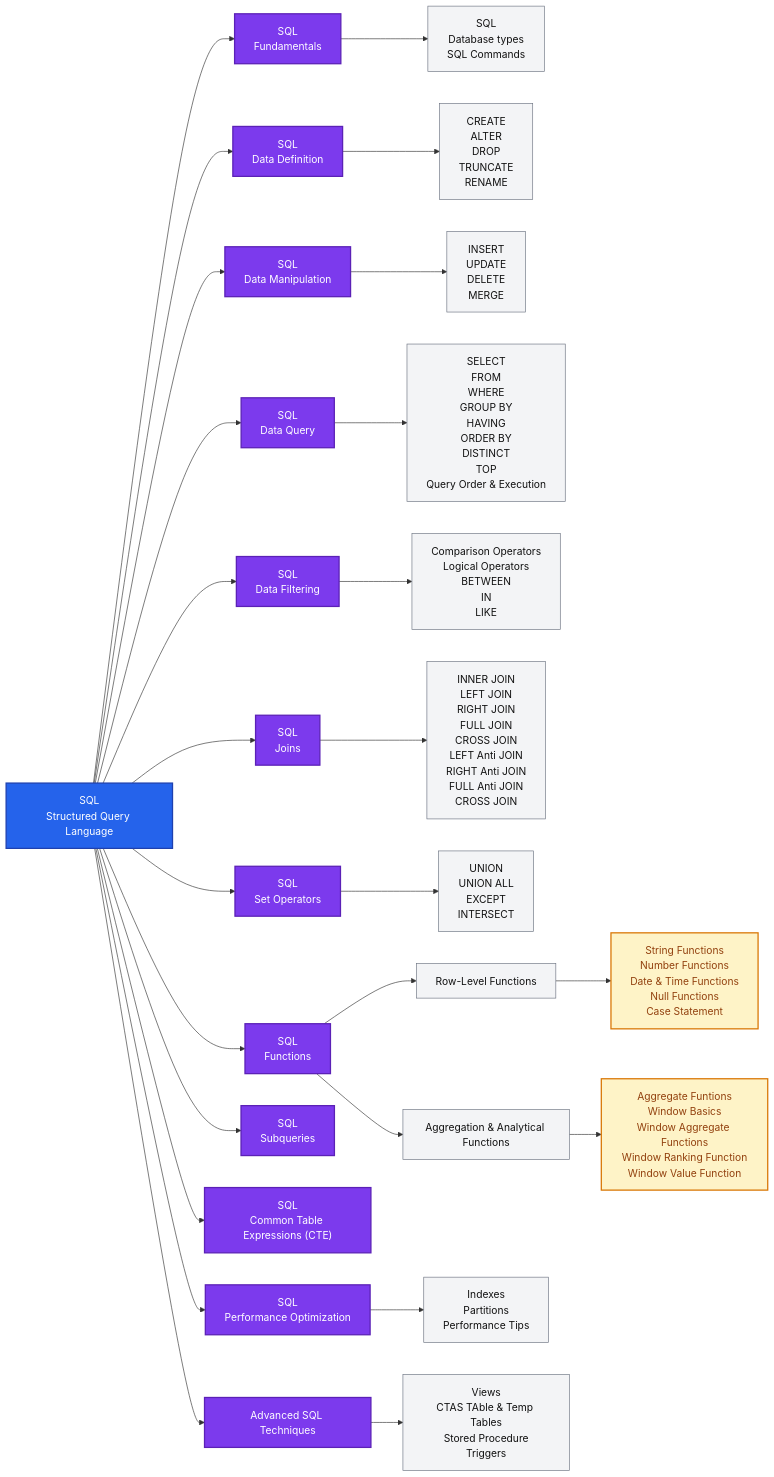
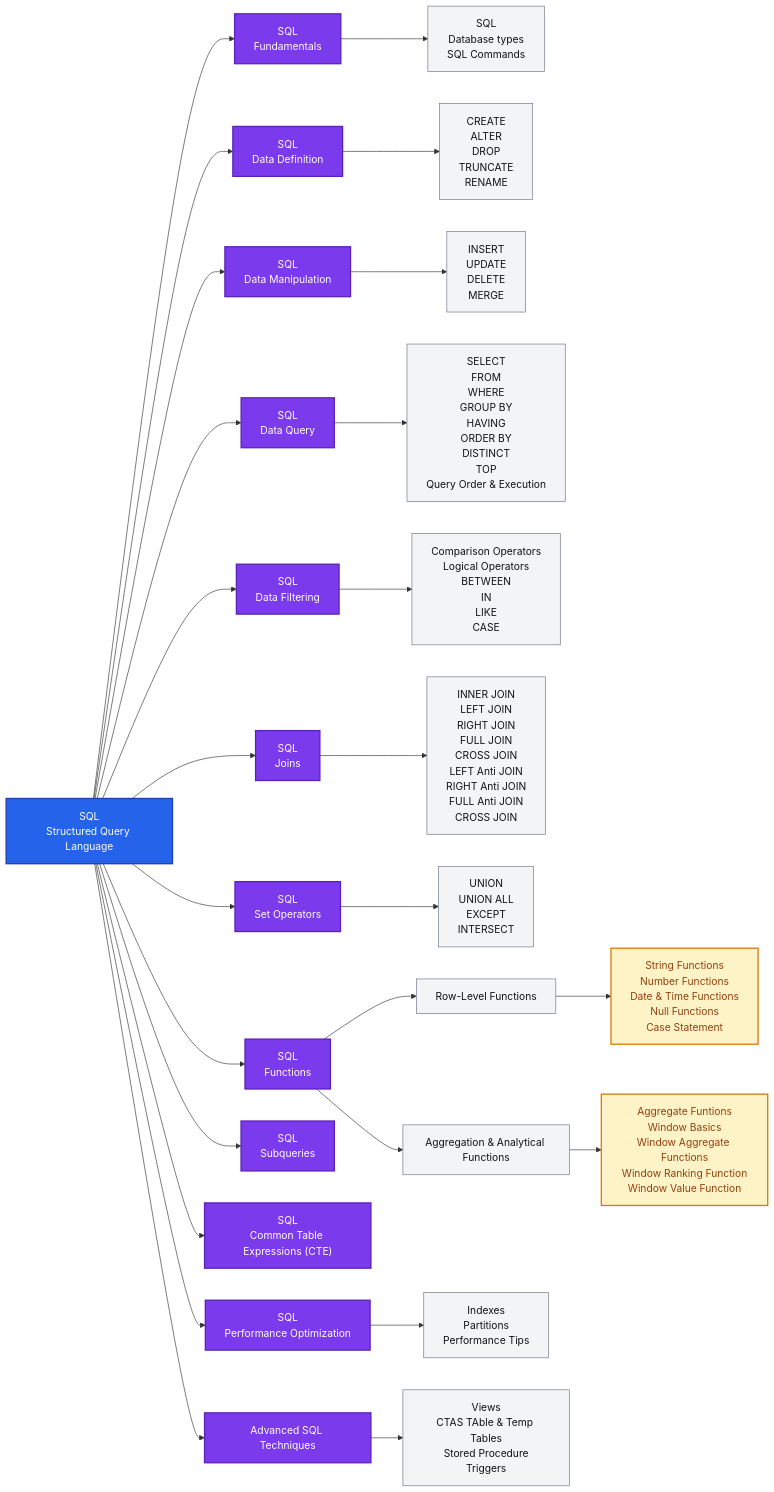
The first of 2 diagrams in README.md (rosa-lpz/sql), drawn with Mermaid before and after one commit.

Commit message:
README.md - Flowchart -  Addition of "CASE" to SQL Data Filtering
README.md - Flowchart -  Addition of "CASE" to SQL Data Filtering

````diff
--- a/README.md
+++ b/README.md
@@ -27,41 +27,41 @@
 ```mermaid
 flowchart LR
 SQL["SQL<br/>Structured Query Language"]
 SQL --> Fundamentals["SQL<br/>Fundamentals"]
 SQL --> Database["SQL<br/>Data Definition"]
 SQL --> DataManipulation["SQL<br/>Data Manipulation"]
 SQL --> DataQuery["SQL<br/>Data Query"]
 SQL --> DataFiltering["SQL<br/>Data Filtering"]
 SQL --> Joins["SQL<br/>Joins"]
 SQL --> SetOps["SQL<br/>Set Operators"]
 SQL --> Functions["SQL<br/>Functions"]
 SQL --> Subqueries["SQL<br/>Subqueries"]
 SQL --> CTE["SQL<br/>Common Table Expressions (CTE)"]
 SQL -->Performance["SQL<br/>Performance Optimization"]
 SQL -->Advanced["Advanced SQL Techniques"]
 
 Fundamentals --> FundamentalsElements["SQL<br/>Database types<br/>SQL Commands"]
 Database-->DatabaseElements["CREATE<br/>ALTER<br/>DROP<br/>TRUNCATE<br/>RENAME"]
 DataManipulation-->DataMapElements["INSERT<br/>UPDATE<br/>DELETE<br/>MERGE"]
 DataQuery-->QueryElements["SELECT<br/>FROM<br/>WHERE<br/>GROUP BY<br/>HAVING<br/>ORDER BY<br/>DISTINCT<br/>TOP<br/>Query Order & Execution"]
-DataFiltering-->DataFiltElements["Comparison Operators<br/>Logical Operators<br/>BETWEEN<br/>IN<br/>LIKE"]
+DataFiltering-->DataFiltElements["Comparison Operators<br/>Logical Operators<br/>BETWEEN<br/>IN<br/>LIKE<br/>CASE"]
 Joins-->JoinsElements["INNER JOIN<br/>LEFT JOIN<br/>RIGHT JOIN<br/>FULL JOIN<br/>CROSS JOIN<br/>LEFT Anti JOIN<br/>RIGHT Anti JOIN<br/>FULL Anti JOIN<br/>CROSS JOIN"]
 SetOps-->SetOpsElements["UNION<br/>UNION ALL<br/>EXCEPT<br/>INTERSECT"]
 Functions-->RowLevelFunctions["Row-Level Functions"]
 Functions-->AggrAnalyticalFunctions["Aggregation & Analytical Functions"]
 RowLevelFunctions-->RowLevFElm["String Functions<br/>Number Functions<br/>Date & Time Functions<br/>Null Functions<br/>Case Statement"]
 AggrAnalyticalFunctions-->AggrAnalyticalFElm["Aggregate Funtions<br/>Window Basics<br/>Window Aggregate Functions<br/>Window Ranking Function<br/>Window Value Function"]
 
 Performance-->PerformanceElements["Indexes<br/>Partitions<br/>Performance Tips"]
 Advanced-->AdvancedElements["Views<br/>CTAS TAble & Temp Tables<br/>Stored Procedure<br/>Triggers"]
 
 classDef sql fill:#2563eb,color:#fff,stroke:#1e40af,stroke-width:2px
 classDef category fill:#7c3aed,color:#fff,stroke:#5b21b6,stroke-width:2px
 classDef command fill:#f3f4f6,color:#111,stroke:#6b7280
 classDef logic fill:#fef3c7,color:#92400e,stroke:#d97706,stroke-width:2px
 
 class SQL sql
 class Fundamentals,Database,DataManipulation,DataQuery,DataFiltering,Joins,SetOps,Functions,Subqueries,CTE,Performance,Advanced category
 class FundamentalsElements,DatabaseElements,DataMapElements,QueryElements,DataFiltElements,JoinsElements,SetOpsElements,RowLevelFunctions,AggrAnalyticalFunctions,PerformanceElements,AdvancedElements command
 class RowLevFElm,AggrAnalyticalFElm logic
 ```
````
